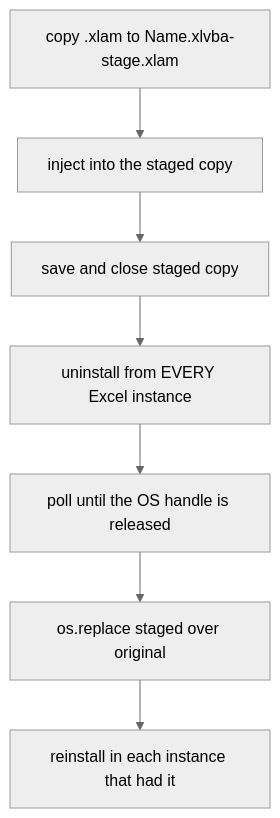
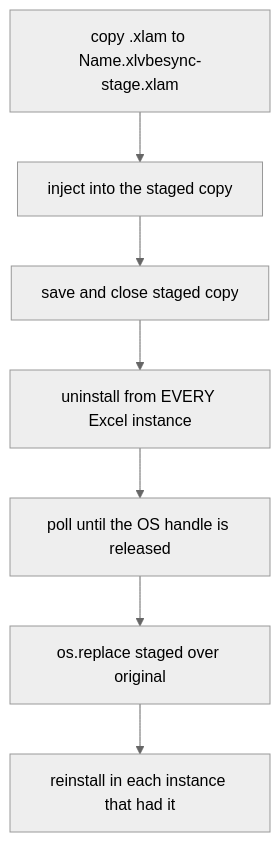
The second of 2 diagrams in README.md (LewisCrouch/xlvbesync), drawn with Mermaid (neutral theme) before and after one commit. The commit also changed other lines of this file and 37 other files, not shown here.

First line of the commit message:
Rename xlvba to xlvbesync so the command matches IDE-to-VBE sync.

````diff
--- a/README.md
+++ b/README.md
@@ -185,9 +185,9 @@
 ```mermaid
 flowchart TD
-  A["copy .xlam to Name.xlvba-stage.xlam"] --> B["inject into the staged copy"]
+  A["copy .xlam to Name.xlvbesync-stage.xlam"] --> B["inject into the staged copy"]
   B --> C["save and close staged copy"]
   C --> D["uninstall from EVERY Excel instance"]
   D --> E["poll until the OS handle is released"]
   E --> F["os.replace staged over original"]
   F --> G["reinstall in each instance that had it"]
 ```
````
